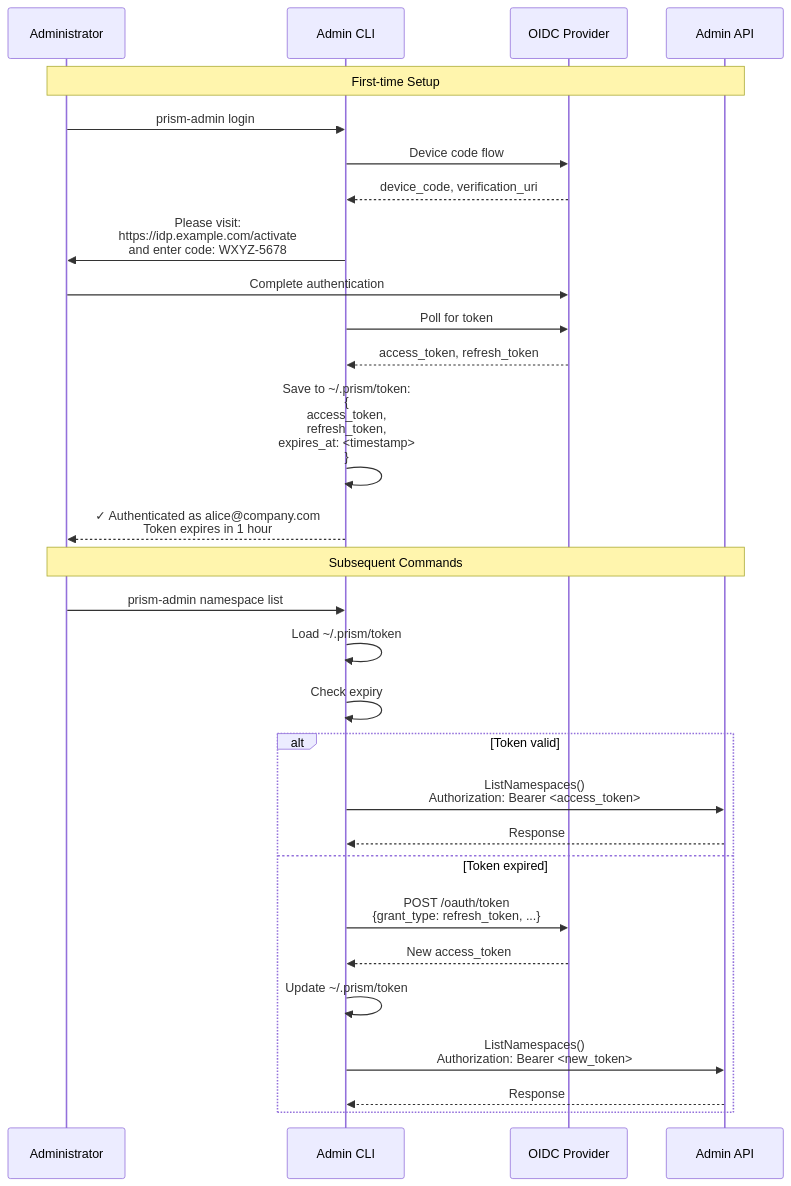
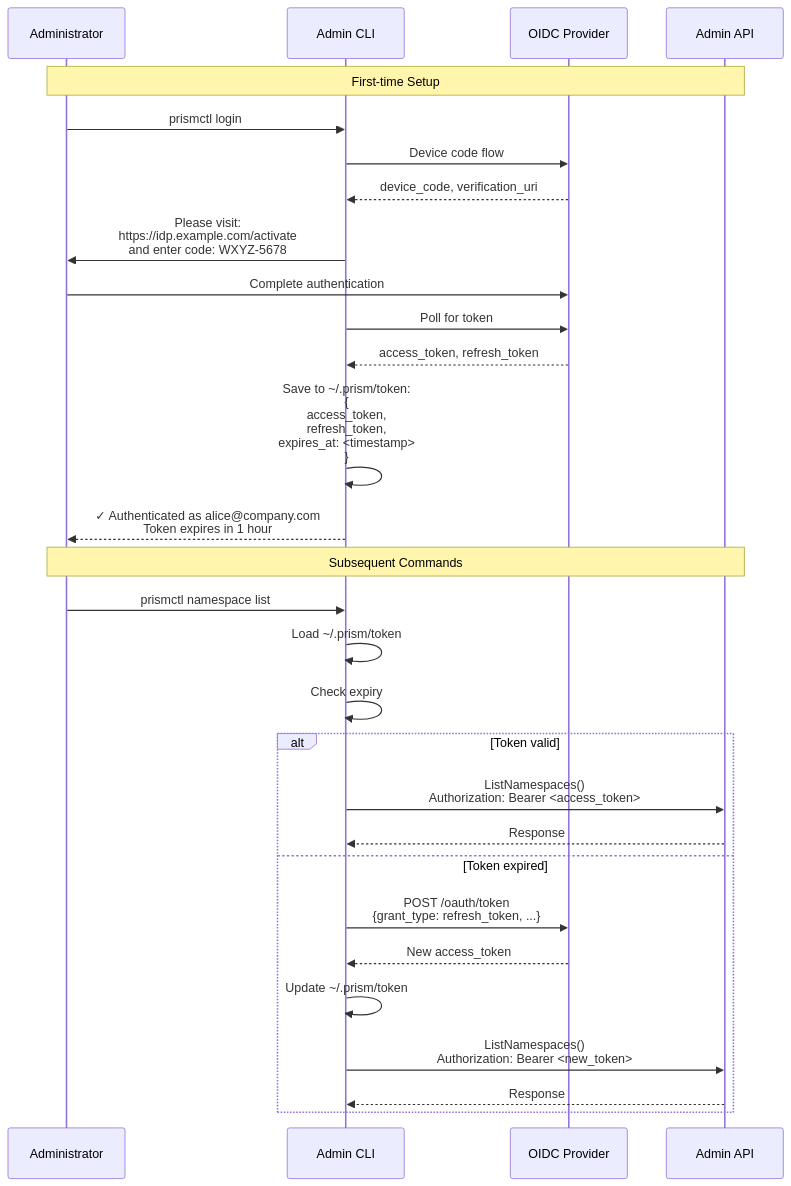
The fifth of 5 diagrams in docs-cms/rfcs/RFC-010-admin-protocol-oidc.md (jrepp/prism-data-layer), drawn with Mermaid before and after one commit. The commit also changed other lines of this file and 2 other files, not shown here.

First line of the commit message:
Update admin CLI references to prismctl across documentation

````diff
--- a/docs-cms/rfcs/RFC-010-admin-protocol-oidc.md
+++ b/docs-cms/rfcs/RFC-010-admin-protocol-oidc.md
@@ -373,41 +373,41 @@
 ```mermaid
 sequenceDiagram
     participant User as Administrator
     participant CLI as Admin CLI
     participant OIDC as OIDC Provider
     participant API as Admin API
 
     Note over User,API: First-time Setup
 
-    User->>CLI: prism-admin login
+    User->>CLI: prismctl login
     CLI->>OIDC: Device code flow
     OIDC-->>CLI: device_code, verification_uri
 
     CLI->>User: Please visit:<br/>https://idp.example.com/activate<br/>and enter code: WXYZ-5678
 
     User->>OIDC: Complete authentication
 
     CLI->>OIDC: Poll for token
     OIDC-->>CLI: access_token, refresh_token
 
     CLI->>CLI: Save to ~/.prism/token:<br/>{<br/>  access_token,<br/>  refresh_token,<br/>  expires_at: <timestamp><br/>}
 
     CLI-->>User: ✓ Authenticated as alice@company.com<br/>Token expires in 1 hour
 
     Note over User,API: Subsequent Commands
 
-    User->>CLI: prism-admin namespace list
+    User->>CLI: prismctl namespace list
     CLI->>CLI: Load ~/.prism/token
     CLI->>CLI: Check expiry
 
     alt Token valid
         CLI->>API: ListNamespaces()<br/>Authorization: Bearer <access_token>
         API-->>CLI: Response
     else Token expired
         CLI->>OIDC: POST /oauth/token<br/>{grant_type: refresh_token, ...}
         OIDC-->>CLI: New access_token
         CLI->>CLI: Update ~/.prism/token
         CLI->>API: ListNamespaces()<br/>Authorization: Bearer <new_token>
         API-->>CLI: Response
     end
 ```
````
